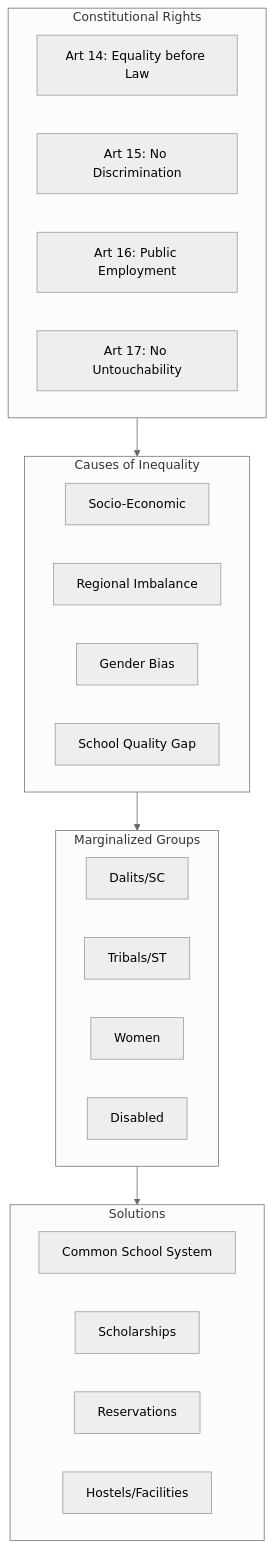
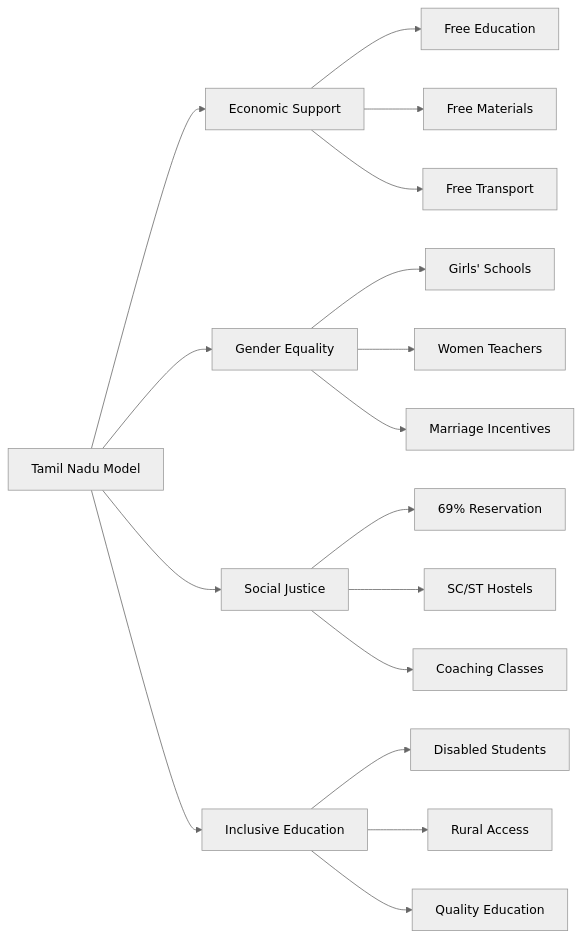
One commit to praveen-hari/contemporary_education changed the third of 4 diagrams in units/Unit_05_IMPLICATIONS_OF_EQUALITY_OF_EDUCATIONAL_OPPORTUNITIE.md. Above: the diagram before and after it, drawn with Mermaid (neutral theme). The commit also changed other lines of this file and 7 other files, not shown here.

````diff
--- a/units/Unit_05_IMPLICATIONS_OF_EQUALITY_OF_EDUCATIONAL_OPPORTUNITIE.md
+++ b/units/Unit_05_IMPLICATIONS_OF_EQUALITY_OF_EDUCATIONAL_OPPORTUNITIE.md
@@ -51,34 +711,23 @@
 ```mermaid
-flowchart TB
-    subgraph Constitution[Constitutional Rights]
-        Art14[Art 14: Equality before Law]
-        Art15[Art 15: No Discrimination]
-        Art16[Art 16: Public Employment]
-        Art17[Art 17: No Untouchability]
-    end
-
-    subgraph Causes[Causes of Inequality]
-        SocioEco[Socio-Economic]
-        Regional[Regional Imbalance]
-        Gender[Gender Bias]
-        School[School Quality Gap]
-    end
-
-    subgraph Marginal[Marginalized Groups]
-        Dalits[Dalits/SC]
-        Tribals[Tribals/ST]
-        Women[Women]
-        Disabled[Disabled]
-    end
-
-    subgraph Solutions[Solutions]
-        CSS[Common School System]
-        Scholar[Scholarships]
-        Reserve[Reservations]
-        Hostels[Hostels/Facilities]
-    end
-
-    Constitution --> Causes
-    Causes --> Marginal
-    Marginal --> Solutions
+graph LR
+    A[Tamil Nadu Model] --> B[Economic Support]
+    A --> C[Gender Equality]
+    A --> D[Social Justice]
+    A --> E[Inclusive Education]
+    
+    B --> B1[Free Education]
+    B --> B2[Free Materials]
+    B --> B3[Free Transport]
+    
+    C --> C1[Girls' Schools]
+    C --> C2[Women Teachers]
+    C --> C3[Marriage Incentives]
+    
+    D --> D1[69% Reservation]
+    D --> D2[SC/ST Hostels]
+    D --> D3[Coaching Classes]
+    
+    E --> E1[Disabled Students]
+    E --> E2[Rural Access]
+    E --> E3[Quality Education]
 ```
````
